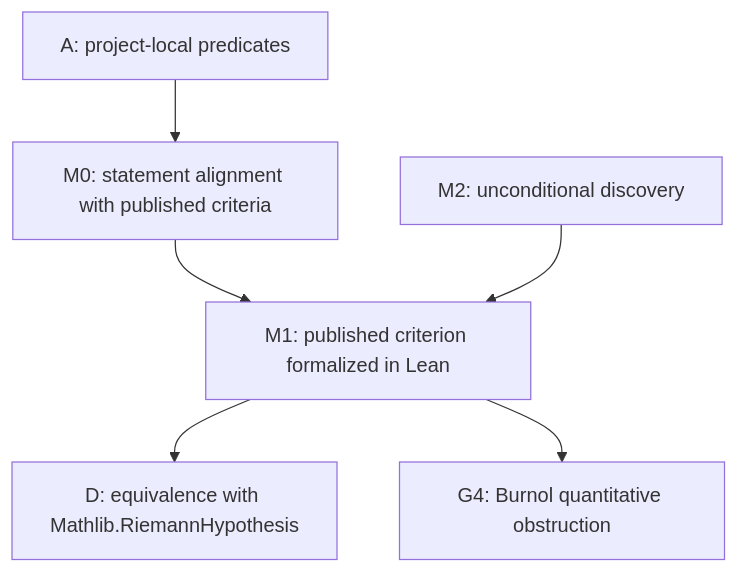
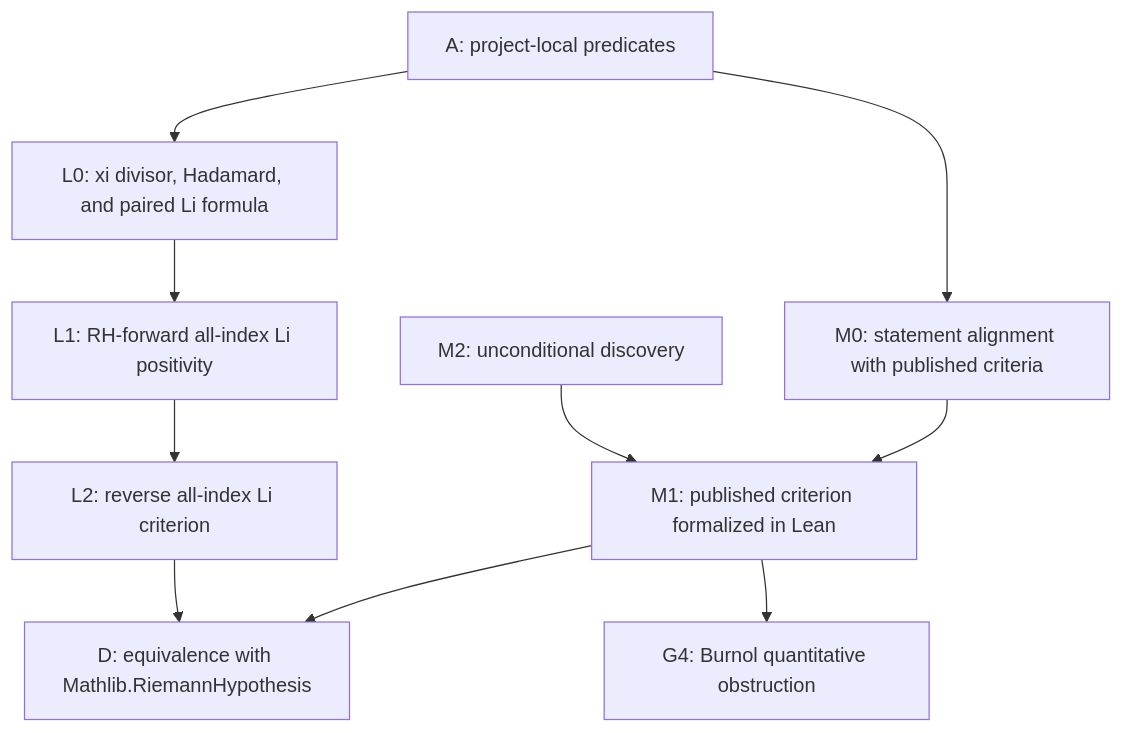
The diagram in research/hard_gap_dag.md (Ryugu-07/lean-lab-rh), drawn with Mermaid before and after one commit. The commit also changed other lines of this file and 9 other files, not shown here.

Commit message:
Formalize reverse Li criterion

````diff
--- a/research/hard_gap_dag.md
+++ b/research/hard_gap_dag.md
@@ -12,8 +12,12 @@
 ```mermaid
 flowchart TD
     A["A: project-local predicates"] --> M0["M0: statement alignment with published criteria"]
     M0 --> M1["M1: published criterion formalized in Lean"]
     M1 --> D["D: equivalence with Mathlib.RiemannHypothesis"]
     E["M2: unconditional discovery"] --> M1
     M1 --> G4["G4: Burnol quantitative obstruction"]
+    A --> L0["L0: xi divisor, Hadamard, and paired Li formula"]
+    L0 --> L1["L1: RH-forward all-index Li positivity"]
+    L1 --> L2["L2: reverse all-index Li criterion"]
+    L2 --> D
 ```
````
